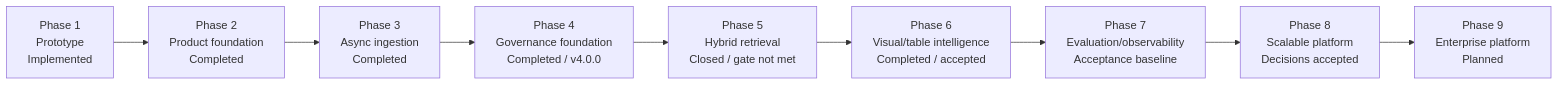
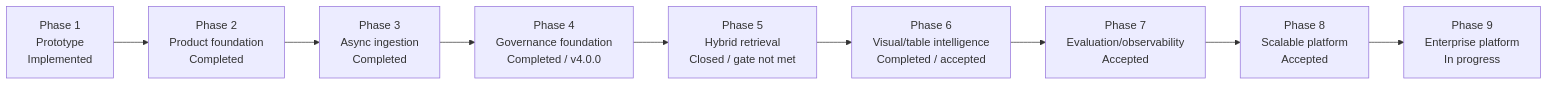
Before and after one commit to mvyas412/ai-projects: the second of 11 diagrams in mm-rag-full-stack-genai-bootcamp-3.0/docs/architecture/ARCHITECTURE.md, drawn with Mermaid. The commit also changed other lines of this file and 34 other files, not shown here.

First line of the commit message:
feat(mm-rag): implement Phase 9 enterprise controls (#16)

````diff
--- a/mm-rag-full-stack-genai-bootcamp-3.0/docs/architecture/ARCHITECTURE.md
+++ b/mm-rag-full-stack-genai-bootcamp-3.0/docs/architecture/ARCHITECTURE.md
@@ -186,12 +186,12 @@
 ```mermaid
 flowchart LR
     p1["Phase 1<br/>Prototype<br/>Implemented"] -->
     p2["Phase 2<br/>Product foundation<br/>Completed"] -->
     p3["Phase 3<br/>Async ingestion<br/>Completed"] -->
     p4["Phase 4<br/>Governance foundation<br/>Completed / v4.0.0"] -->
     p5["Phase 5<br/>Hybrid retrieval<br/>Closed / gate not met"] -->
     p6["Phase 6<br/>Visual/table intelligence<br/>Completed / accepted"] -->
-    p7["Phase 7<br/>Evaluation/observability<br/>Acceptance baseline"] -->
-    p8["Phase 8<br/>Scalable platform<br/>Decisions accepted"] -->
-    p9["Phase 9<br/>Enterprise platform<br/>Planned"]
+    p7["Phase 7<br/>Evaluation/observability<br/>Accepted"] -->
+    p8["Phase 8<br/>Scalable platform<br/>Accepted"] -->
+    p9["Phase 9<br/>Enterprise platform<br/>In progress"]
 ```
````
